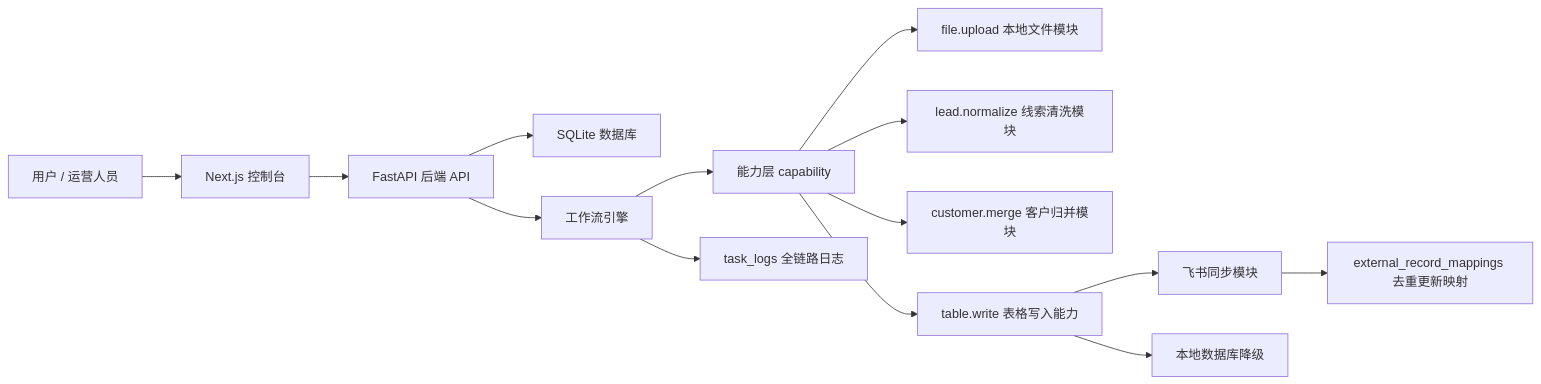
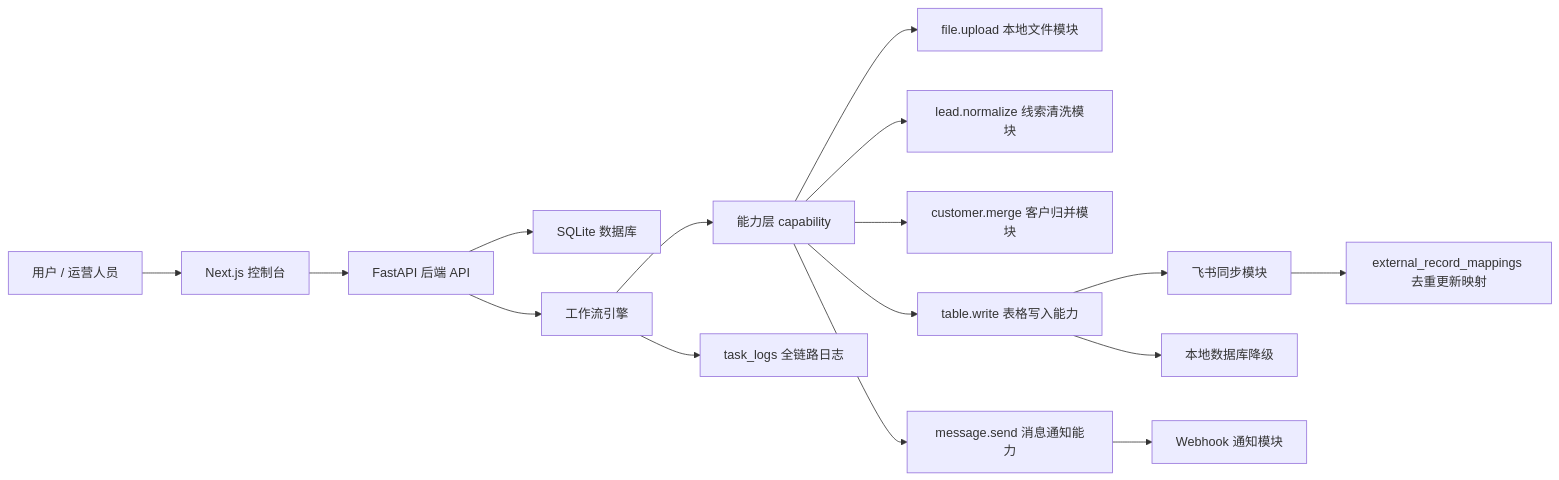
The diagram in README.md (rain-ra219/plan), drawn with Mermaid before and after one commit. The commit also changed other lines of this file and 8 other files, not shown here.

````diff
--- a/README.md
+++ b/README.md
@@ -44,16 +45,18 @@
 ```mermaid
 flowchart LR
   User["用户 / 运营人员"] --> UI["Next.js 控制台"]
   UI --> API["FastAPI 后端 API"]
   API --> DB["SQLite 数据库"]
   API --> WF["工作流引擎"]
   WF --> CAP["能力层 capability"]
   CAP --> FILE["file.upload 本地文件模块"]
   CAP --> LEAD["lead.normalize 线索清洗模块"]
   CAP --> CUSTOMER["customer.merge 客户归并模块"]
   CAP --> TABLE["table.write 表格写入能力"]
+  CAP --> MSG["message.send 消息通知能力"]
   TABLE --> FEISHU["飞书同步模块"]
   TABLE --> LOCAL["本地数据库降级"]
+  MSG --> WEBHOOK["Webhook 通知模块"]
   WF --> LOG["task_logs 全链路日志"]
   FEISHU --> MAP["external_record_mappings 去重更新映射"]
 ```
````
